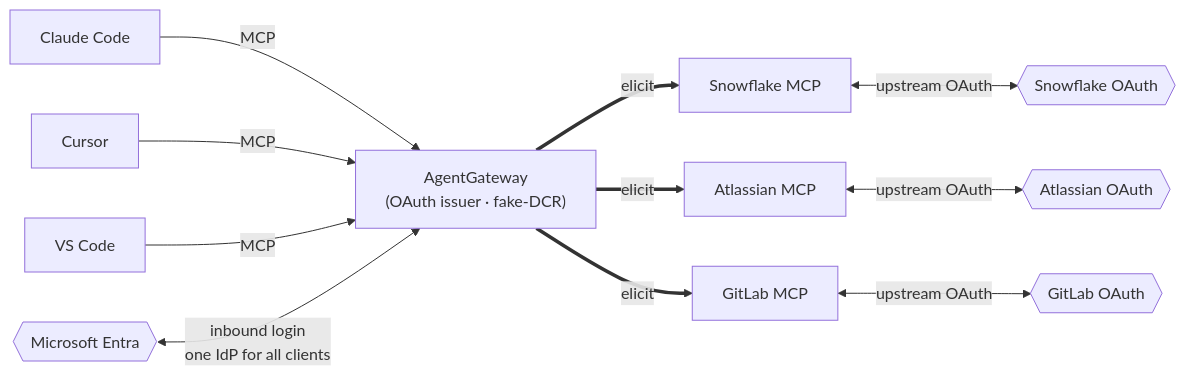
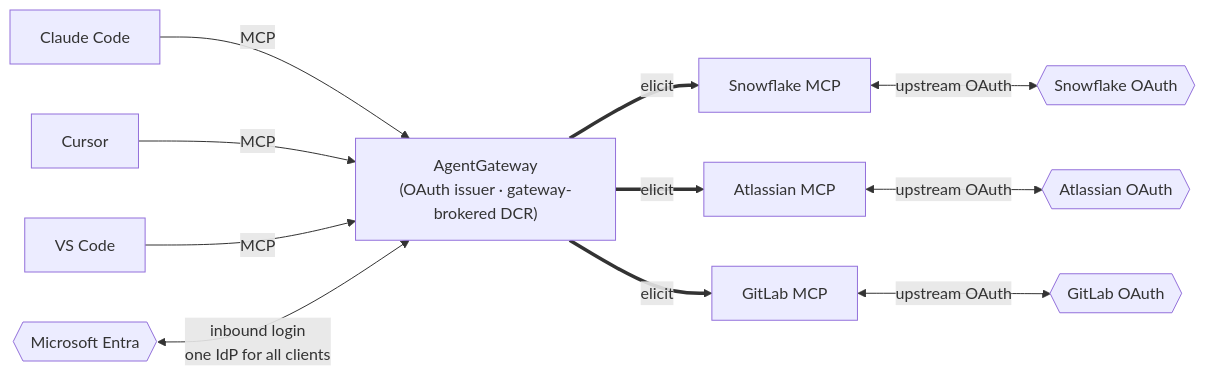
One commit to rvennam/agentgateway-auth-patterns changed the fifth of 22 diagrams in README.md. Above: the diagram before and after it, drawn with Mermaid. The commit also changed other lines of this file and 2 other files, not shown here.

First line of the commit message:
Rename "fake DCR" -> "gateway-brokered DCR" across docs

````diff
--- a/README.md
+++ b/README.md
@@ -103,19 +103,19 @@
 ```mermaid
 flowchart LR
   ENTRA{{Microsoft Entra}}
 
   C1[Claude Code]
   C2[Cursor]
   C3[VS Code]
-  C1 & C2 & C3 -->|MCP| AGW["AgentGateway<br/>(OAuth issuer · fake-DCR)"]
+  C1 & C2 & C3 -->|MCP| AGW["AgentGateway<br/>(OAuth issuer · gateway-brokered DCR)"]
 
   ENTRA <-->|"inbound login<br/>one IdP for all clients"| AGW
 
   AGW ==>|elicit| SF[Snowflake MCP]
   AGW ==>|elicit| ATL[Atlassian MCP]
   AGW ==>|elicit| GL[GitLab MCP]
 
   SF <-->|"upstream OAuth"| SFIDP{{Snowflake OAuth}}
   ATL <-->|"upstream OAuth"| ATLIDP{{Atlassian OAuth}}
   GL <-->|"upstream OAuth"| GLIDP{{GitLab OAuth}}
 ```
````
